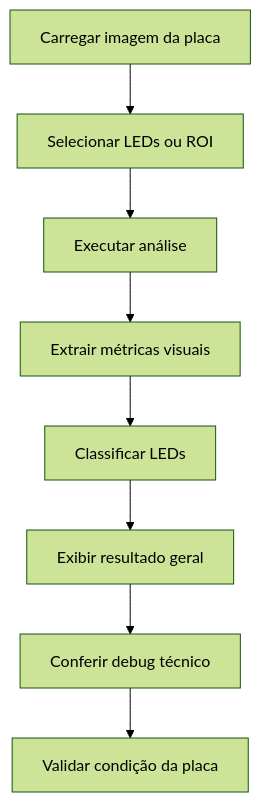
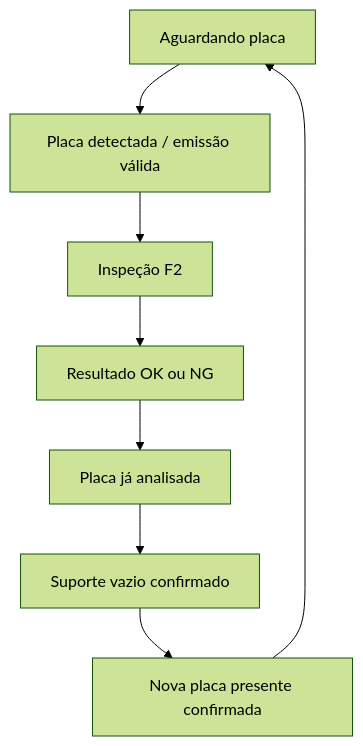
Before and after one commit to carlosdaniel003/ODIN: the second of 4 diagrams in README.md, drawn with Mermaid (forest theme). The commit also changed other lines of this file, not shown here.

````diff
--- a/README.md
+++ b/README.md
@@ -91,10 +191,10 @@
 ```mermaid
 flowchart TD
-    A[Carregar imagem da placa] --> B[Selecionar LEDs ou ROI]
-    B --> C[Executar análise]
-    C --> D[Extrair métricas visuais]
-    D --> E[Classificar LEDs]
-    E --> F[Exibir resultado geral]
-    F --> G[Conferir debug técnico]
-    G --> H[Validar condição da placa]
+    A[Aguardando placa] --> B[Placa detectada / emissão válida]
+    B --> C[Inspeção F2]
+    C --> D[Resultado OK ou NG]
+    D --> E[Placa já analisada]
+    E --> F[Suporte vazio confirmado]
+    F --> G[Nova placa presente confirmada]
+    G --> A
 ```
````
